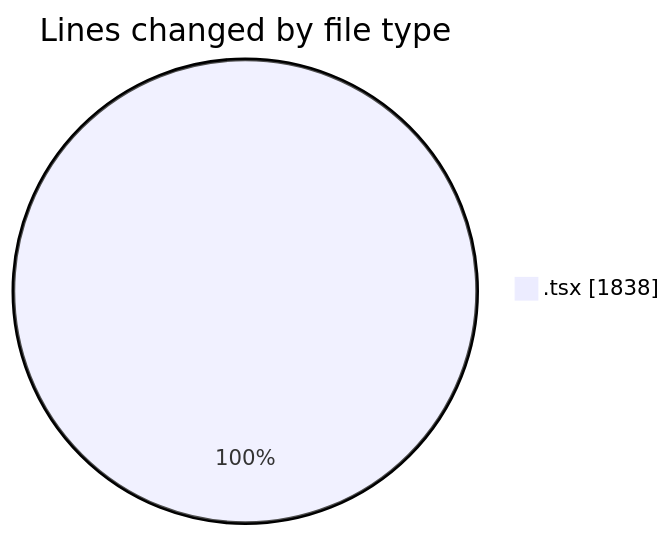
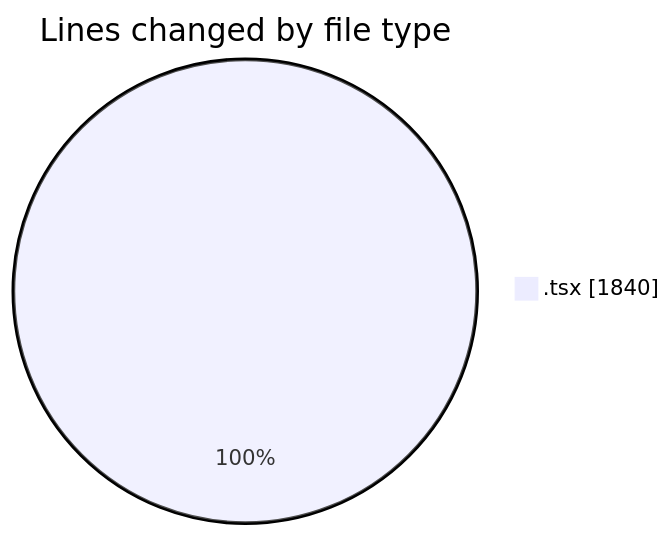
The first of 2 diagrams in 2026-08-06/cda/README.md (momahboobian/code-tracking), drawn with Mermaid before and after one commit. The commit also changed other lines of this file and 1 other file, not shown here.

````diff
--- a/2026-08-06/cda/README.md
+++ b/2026-08-06/cda/README.md
@@ -26,5 +26,5 @@
 ```mermaid
 pie showData
 title Lines changed by file type
-".tsx" : 1838
+".tsx" : 1840
 ```
````
